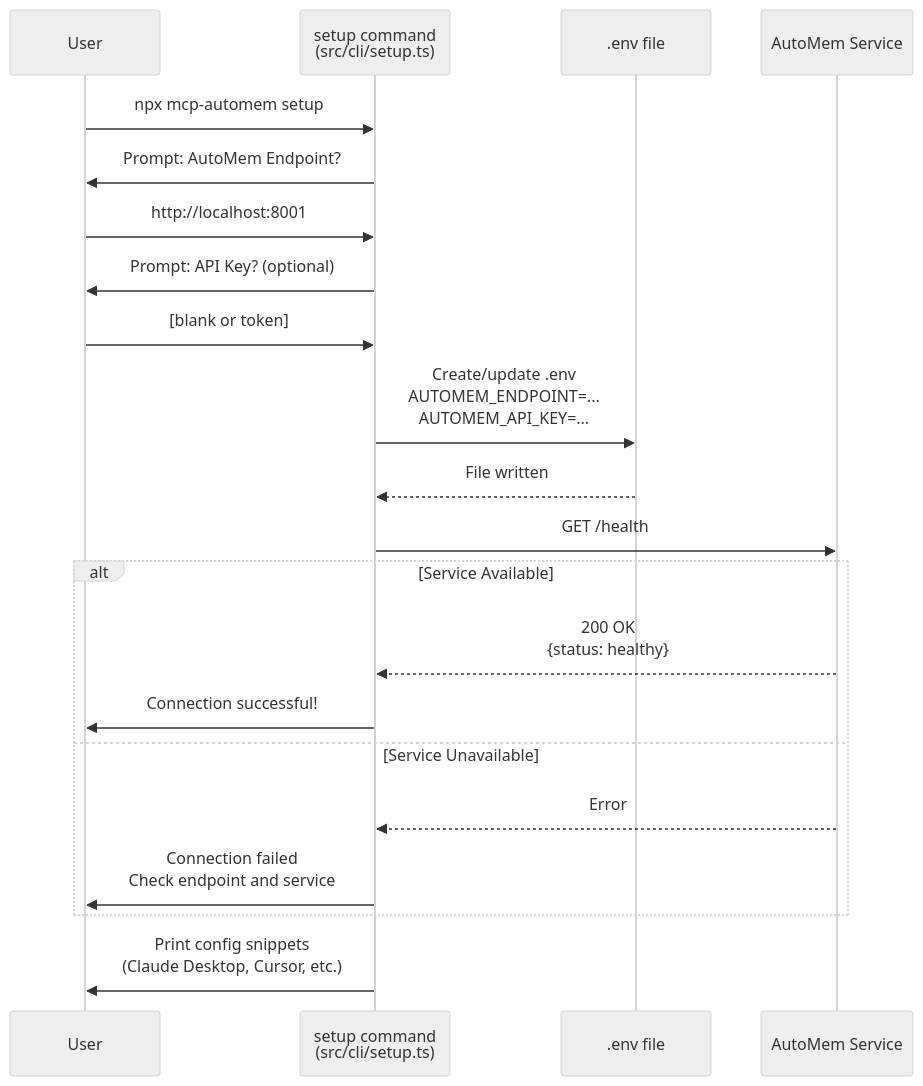
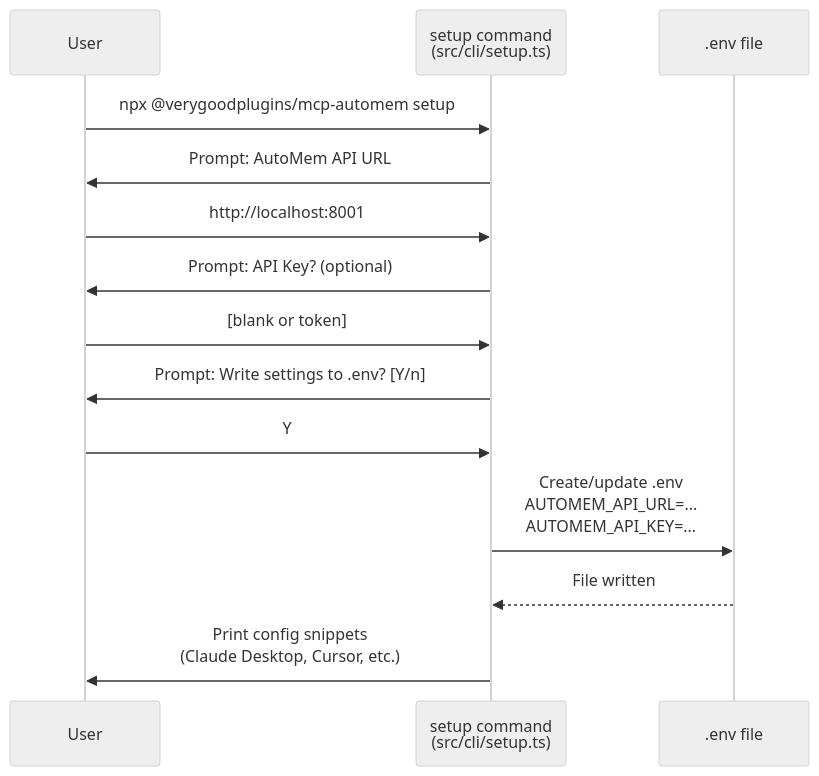
One commit to verygoodplugins/automem-website changed the fourth of 5 diagrams in src/content/docs/docs/getting-started/quick-start.md. Above: the diagram before and after it, drawn with Mermaid (neutral theme). The commit also changed other lines of this file, not shown here.

Commit message:
docs: fix drift in Quick Start page (#89)
* docs: fix drift in Quick Start page

- Setup wizard Mermaid: corrected prompt label (Endpoint → API URL),
  env var written (AUTOMEM_ENDPOINT → AUTOMEM_API_URL), removed
  fabricated GET /health connection-test step, added missing
  confirmation prompt
- Config variables table: AUTOMEM_ENDPOINT → AUTOMEM_API_URL
- Claude Desktop config examples: AUTOMEM_ENDPOINT → AUTOMEM_API_URL
- Auth section: query param example ?token= → ?api_key= (only
  api_key is checked in auth_helpers.py)
- Branch link for templates/CLAUDE_DESKTOP_INSTRUCTIONS.md
  converted to SHA permalink (mcp-automem@b81c63a)

* docs: address review comments on quick-start page

- Mermaid: fix command to npx @verygoodplugins/mcp-automem setup
- Replace stale 'performs four operations' with 'runs the following steps'
- Troubleshooting: rename 'Connection Failed During Setup' section to
  'Health Check Failing After Setup' and remove false claim that
  wizard reports a connection-test failure (wizard does not test endpoint)

---------

````diff
--- a/src/content/docs/docs/getting-started/quick-start.md
+++ b/src/content/docs/docs/getting-started/quick-start.md
@@ -318,27 +318,19 @@
 ```mermaid
 sequenceDiagram
     participant User
     participant CLI as setup command<br/>(src/cli/setup.ts)
     participant ENV as .env file
-    participant API as AutoMem Service
 
-    User->>CLI: npx mcp-automem setup
-    CLI->>User: Prompt: AutoMem Endpoint?
+    User->>CLI: npx @verygoodplugins/mcp-automem setup
+    CLI->>User: Prompt: AutoMem API URL
     User->>CLI: http://localhost:8001
     CLI->>User: Prompt: API Key? (optional)
     User->>CLI: [blank or token]
 
-    CLI->>ENV: Create/update .env<br/>AUTOMEM_ENDPOINT=...<br/>AUTOMEM_API_KEY=...
+    CLI->>User: Prompt: Write settings to .env? [Y/n]
+    User->>CLI: Y
+    CLI->>ENV: Create/update .env<br/>AUTOMEM_API_URL=...<br/>AUTOMEM_API_KEY=...
     ENV-->>CLI: File written
-
-    CLI->>API: GET /health
-    alt Service Available
-        API-->>CLI: 200 OK<br/>{status: healthy}
-        CLI->>User: Connection successful!
-    else Service Unavailable
-        API-->>CLI: Error
-        CLI->>User: Connection failed<br/>Check endpoint and service
-    end
 
     CLI->>User: Print config snippets<br/>(Claude Desktop, Cursor, etc.)
 ```
````
